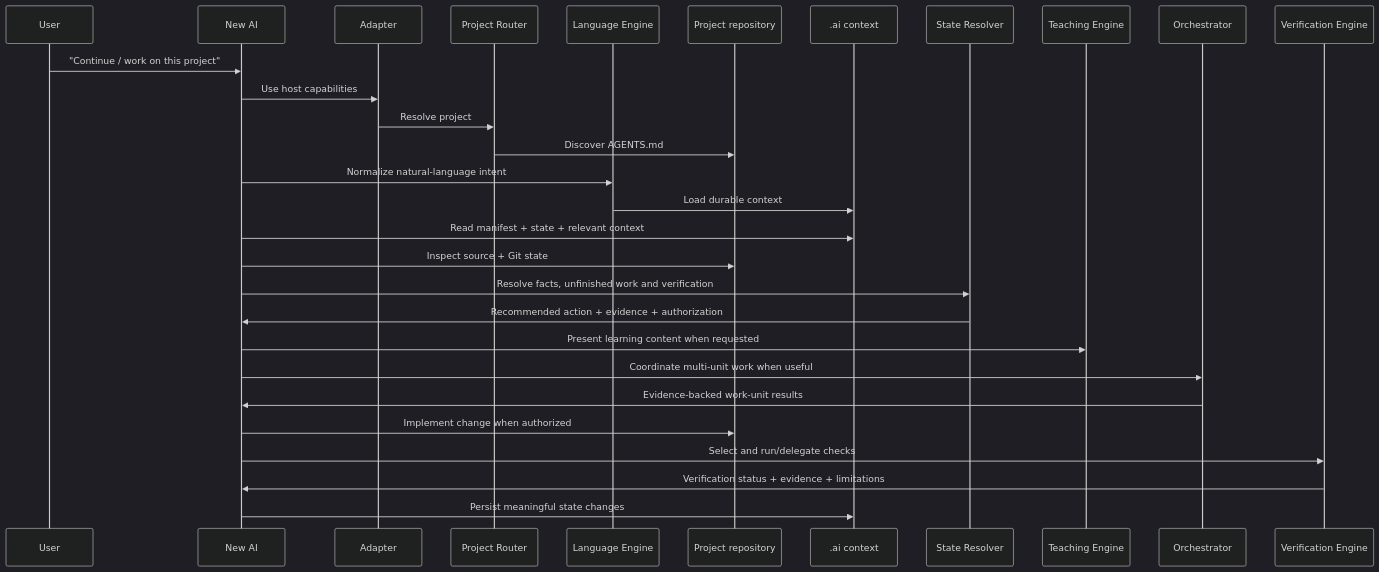
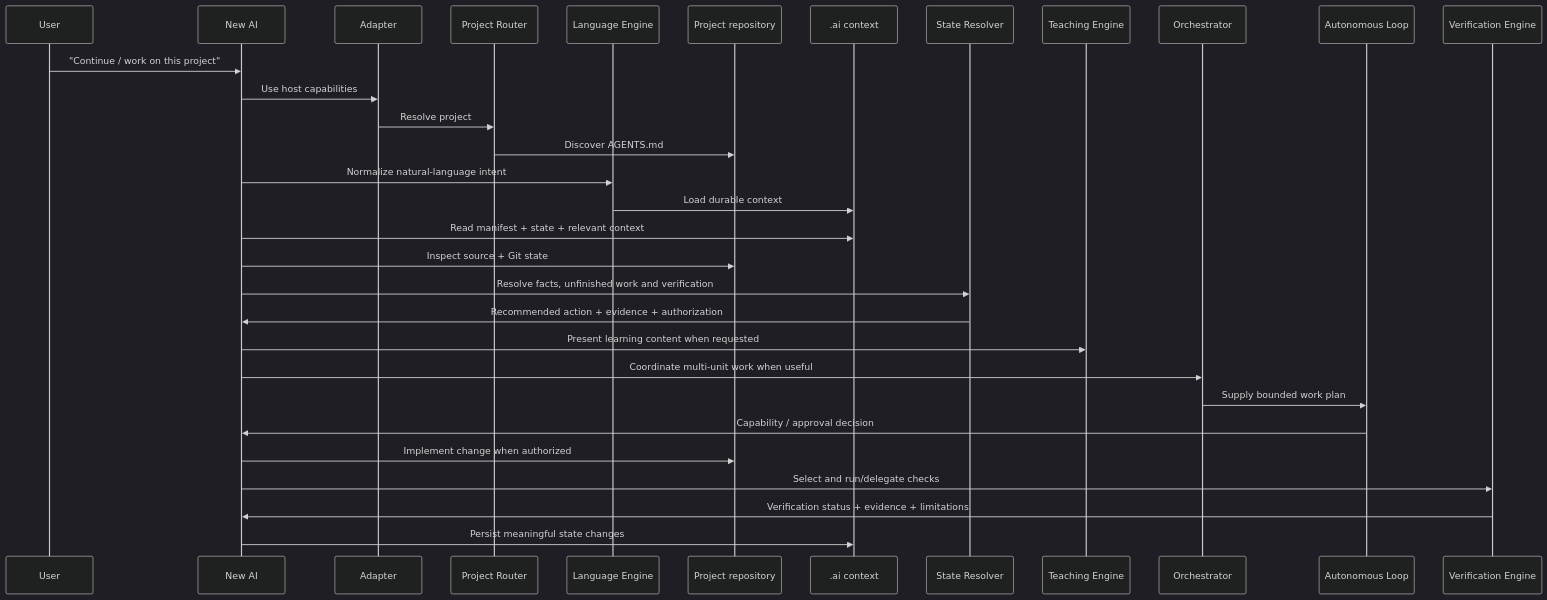
One commit to zzpsah/chatgpt-development-os changed the third of 3 diagrams in docs/ARCHITECTURE.md. Above: the diagram before and after it, drawn with Mermaid (dark theme). The commit also changed other lines of this file, not shown here.

Commit message:
docs: integrate autonomous development loop architecture

````diff
--- a/docs/ARCHITECTURE.md
+++ b/docs/ARCHITECTURE.md
@@ -112,32 +116,34 @@
 ```mermaid
 sequenceDiagram
     participant U as User
     participant A as New AI
     participant AD as Adapter
     participant R as Project Router
     participant E as Language Engine
     participant G as Project repository
     participant C as .ai context
     participant S as State Resolver
     participant TE as Teaching Engine
     participant AO as Orchestrator
+    participant AL as Autonomous Loop
     participant V as Verification Engine
 
     U->>A: "Continue / work on this project"
     A->>AD: Use host capabilities
     AD->>R: Resolve project
     R->>G: Discover AGENTS.md
     A->>E: Normalize natural-language intent
     E->>C: Load durable context
     A->>C: Read manifest + state + relevant context
     A->>G: Inspect source + Git state
     A->>S: Resolve facts, unfinished work and verification
     S->>A: Recommended action + evidence + authorization
     A->>TE: Present learning content when requested
     A->>AO: Coordinate multi-unit work when useful
-    AO->>A: Evidence-backed work-unit results
+    AO->>AL: Supply bounded work plan
+    AL->>A: Capability / approval decision
     A->>G: Implement change when authorized
     A->>V: Select and run/delegate checks
     V->>A: Verification status + evidence + limitations
     A->>C: Persist meaningful state changes
 ```
````
